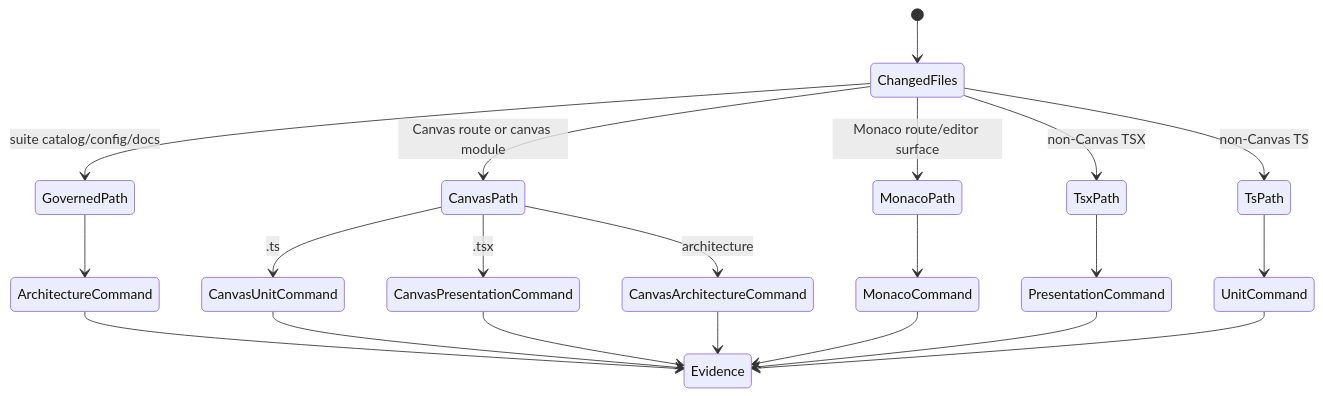
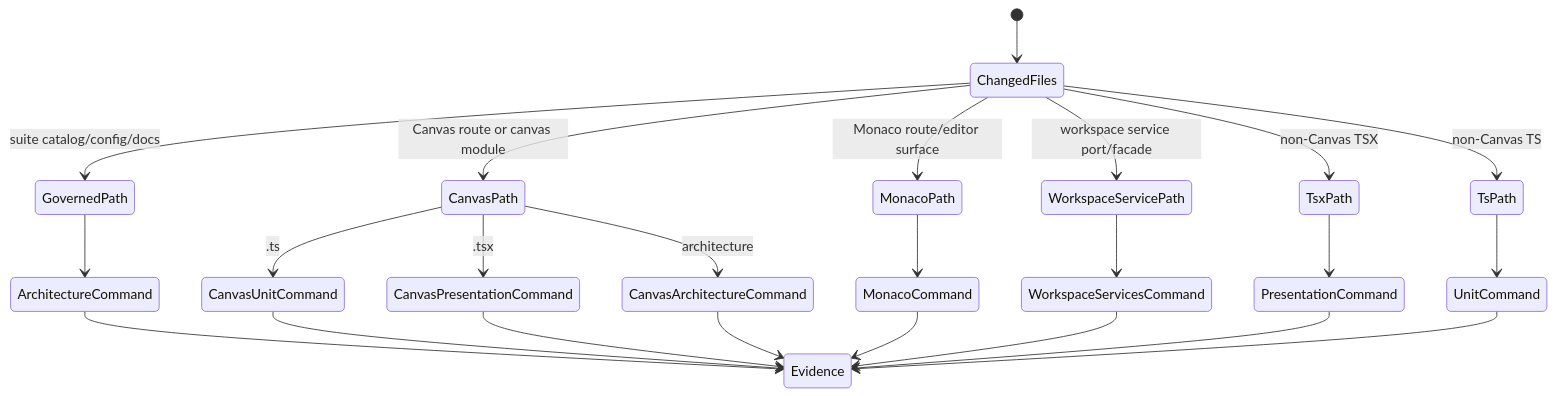
One commit to dunay2/dvt changed the first of 2 diagrams in docs/architecture/components/web/web-vitest-changed-suite-router-component.md. Above: the diagram before and after it, drawn with Mermaid. The commit also changed other lines of this file, not shown here.

Commit message:
docs(web): Document workspace services test lane

````diff
--- a/docs/architecture/components/web/web-vitest-changed-suite-router-component.md
+++ b/docs/architecture/components/web/web-vitest-changed-suite-router-component.md
@@ -59,23 +62,26 @@
 ```mermaid
 stateDiagram-v2
   [*] --> ChangedFiles
   ChangedFiles --> GovernedPath: suite catalog/config/docs
   ChangedFiles --> CanvasPath: Canvas route or canvas module
   ChangedFiles --> MonacoPath: Monaco route/editor surface
+  ChangedFiles --> WorkspaceServicePath: workspace service port/facade
   ChangedFiles --> TsxPath: non-Canvas TSX
   ChangedFiles --> TsPath: non-Canvas TS
   GovernedPath --> ArchitectureCommand
   CanvasPath --> CanvasUnitCommand: .ts
   CanvasPath --> CanvasPresentationCommand: .tsx
   CanvasPath --> CanvasArchitectureCommand: architecture
   MonacoPath --> MonacoCommand
+  WorkspaceServicePath --> WorkspaceServicesCommand
   TsxPath --> PresentationCommand
   TsPath --> UnitCommand
   ArchitectureCommand --> Evidence
   CanvasUnitCommand --> Evidence
   CanvasPresentationCommand --> Evidence
   CanvasArchitectureCommand --> Evidence
   MonacoCommand --> Evidence
+  WorkspaceServicesCommand --> Evidence
   PresentationCommand --> Evidence
   UnitCommand --> Evidence
 ```
````
